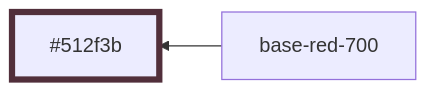
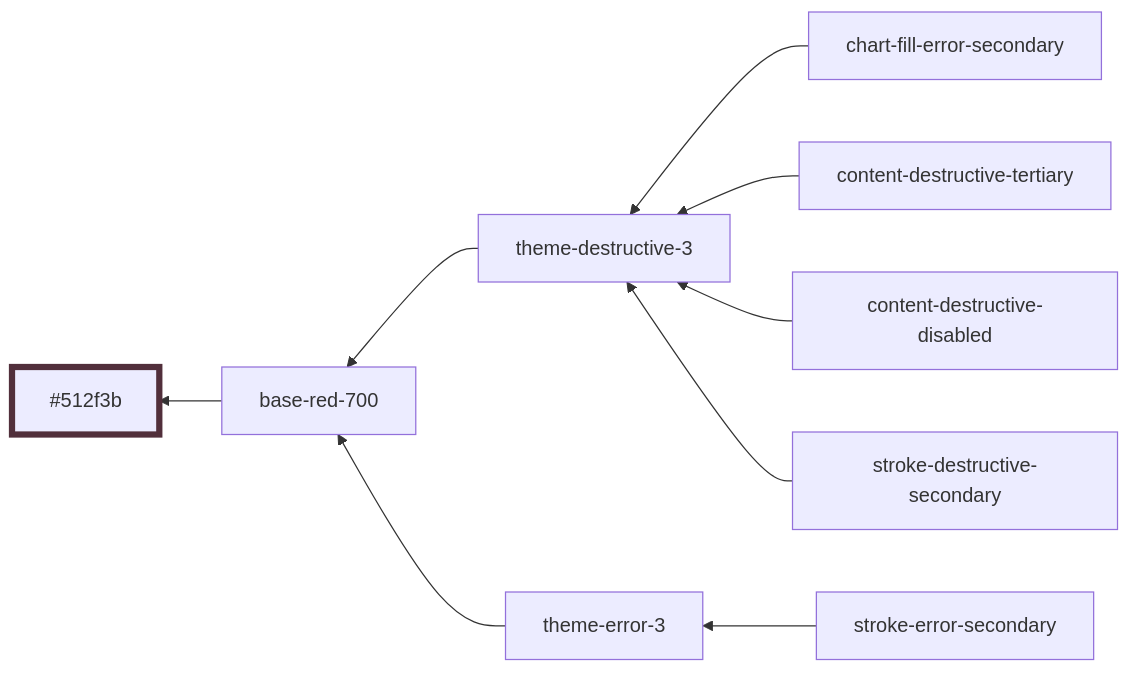
Before and after one commit to oxidecomputer/console: diagram 13 of 29 in libs/ui/styles/themes/operator-mode.md, drawn with Mermaid. The commit also changed other lines of this file and 4 other files, not shown here.

````diff
--- a/libs/ui/styles/themes/operator-mode.md
+++ b/libs/ui/styles/themes/operator-mode.md
@@ -121,6 +182,13 @@
 ```mermaid
 graph RL
   base-red-700 --> #512f3b:::base-red-700
+  theme-destructive-3 --> base-red-700
+  theme-error-3 --> base-red-700
+  chart-fill-error-secondary --> theme-destructive-3
+  content-destructive-tertiary --> theme-destructive-3
+  content-destructive-disabled --> theme-destructive-3
+  stroke-destructive-secondary --> theme-destructive-3
+  stroke-error-secondary --> theme-error-3
 
   classDef base-red-700 stroke-width:5,stroke:#512f3b
 ```
````
